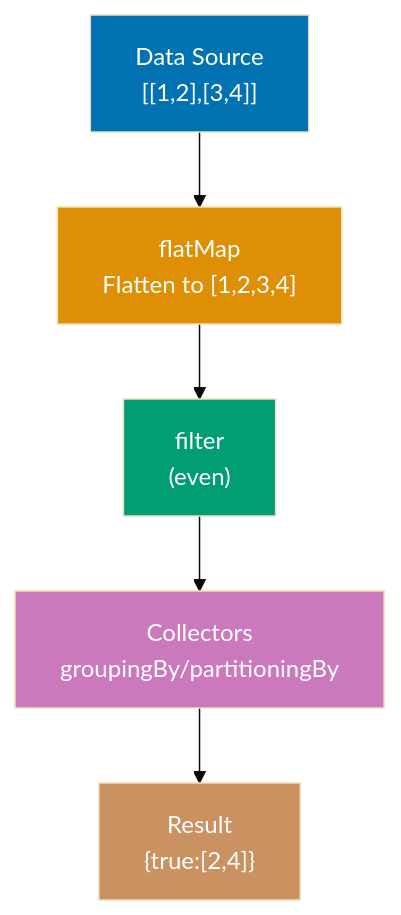
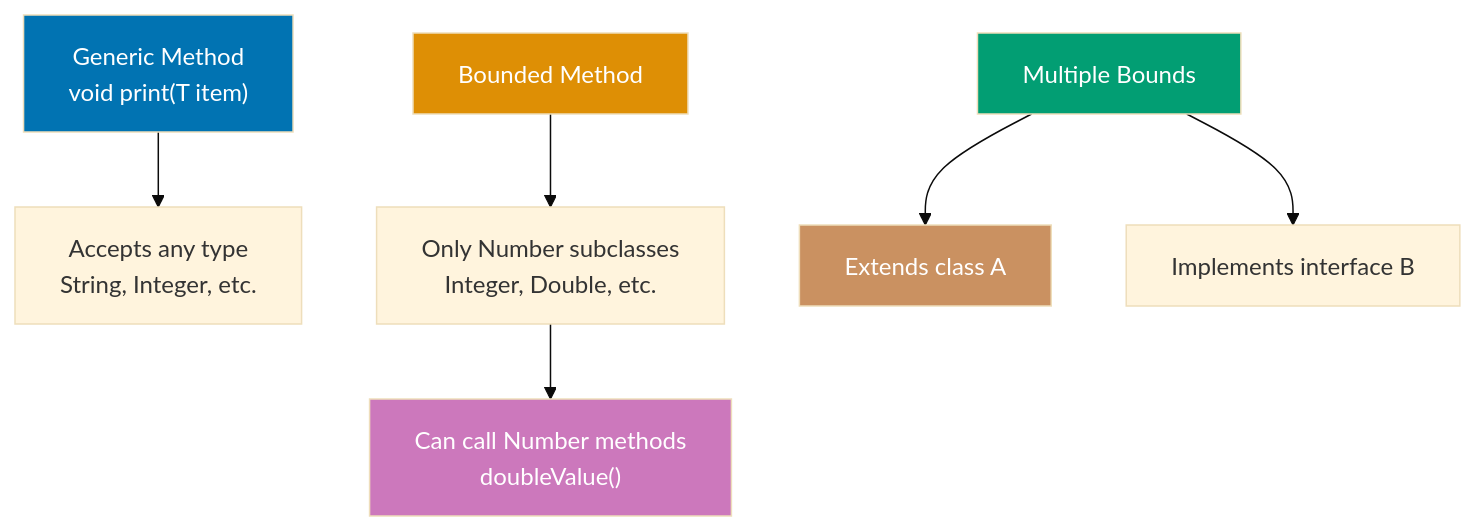
One commit to wahidyankf/open-sharia-enterprise changed the third of 8 diagrams in apps/ayokoding-web/content/en/learn/software-engineering/programming-languages/java/tutorials/by-example/intermediate.md. Above: the diagram before and after it, drawn with Mermaid (base theme). The commit also changed other lines of this file and 14 other files, not shown here.

````diff
--- a/apps/ayokoding-web/content/en/learn/software-engineering/programming-languages/java/tutorials/by-example/intermediate.md
+++ b/apps/ayokoding-web/content/en/learn/software-engineering/programming-languages/java/tutorials/by-example/intermediate.md
@@ -1600,14 +480,17 @@
 ```mermaid
 %% Color Palette: Blue #0173B2, Orange #DE8F05, Teal #029E73, Purple #CC78BC, Brown #CA9161
 graph TD
-    Source["Data Source<br/>#91;#91;1,2#93;,#91;3,4#93;#93;"] --> FlatMap["flatMap<br/>Flatten to #91;1,2,3,4#93;"]
-    FlatMap --> Filter["filter<br/>#40;even#41;"]
-    Filter --> Collect["Collectors<br/>groupingBy/partitioningBy"]
-    Collect --> Result["Result<br/>#123;true:#91;2,4#93;#125;"]
+    Method["Generic Method<br/><T> void print#40;T item#41;"] --> AnyType["Accepts any type<br/>String, Integer, etc."]
 
-    style Source fill:#0173B2,color:#fff
-    style FlatMap fill:#DE8F05,color:#fff
-    style Filter fill:#029E73,color:#fff
-    style Collect fill:#CC78BC,color:#fff
-    style Result fill:#CA9161,color:#fff
+    Bounded["Bounded Method<br/><T extends Number>"] --> Restrict["Only Number subclasses<br/>Integer, Double, etc."]
+    Restrict --> Access["Can call Number methods<br/>doubleValue#40;#41;"]
+
+    MultiBound["Multiple Bounds<br/><T extends A & B>"] --> Class["Extends class A"]
+    MultiBound --> Interface["Implements interface B"]
+
+    style Method fill:#0173B2,color:#fff
+    style Bounded fill:#DE8F05,color:#fff
+    style MultiBound fill:#029E73,color:#fff
+    style Access fill:#CC78BC,color:#fff
+    style Class fill:#CA9161,color:#fff
 ```
````
